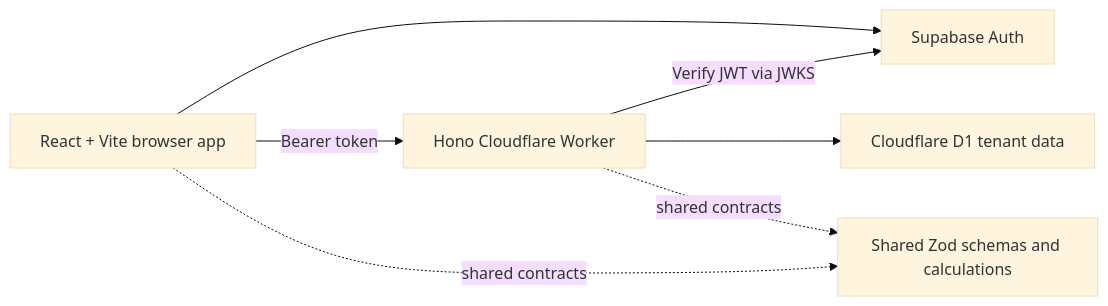
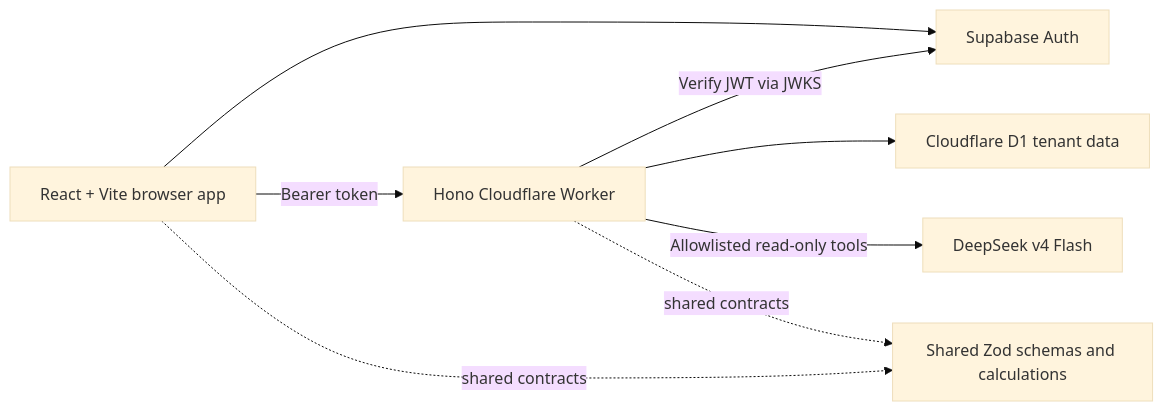
The diagram in README.md (dondon3109/Budget-and-expense-analysis-tool), drawn with Mermaid (base theme) before and after one commit. The commit also changed other lines of this file and 51 other files, not shown here.

````diff
--- a/README.md
+++ b/README.md
@@ -30,9 +32,10 @@
 ```mermaid
 flowchart LR
   Browser["React + Vite browser app"] --> Supabase["Supabase Auth"]
   Browser -->|Bearer token| Worker["Hono Cloudflare Worker"]
   Worker -->|Verify JWT via JWKS| Supabase
   Worker --> D1["Cloudflare D1 tenant data"]
+  Worker -->|Allowlisted read-only tools| DeepSeek["DeepSeek v4 Flash"]
   Browser -. shared contracts .-> Shared["Shared Zod schemas and calculations"]
   Worker -. shared contracts .-> Shared
 ```
````
